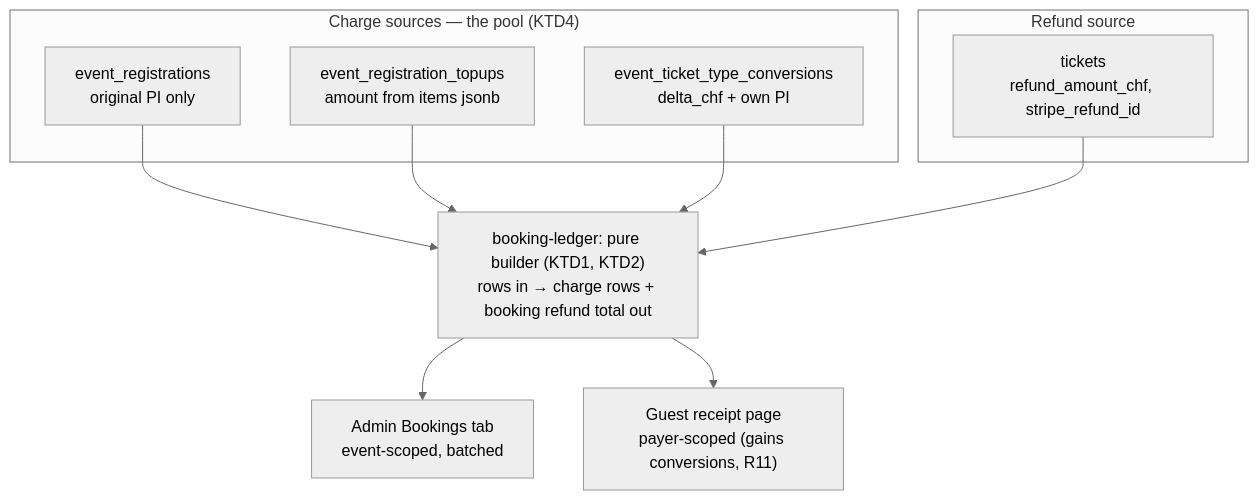
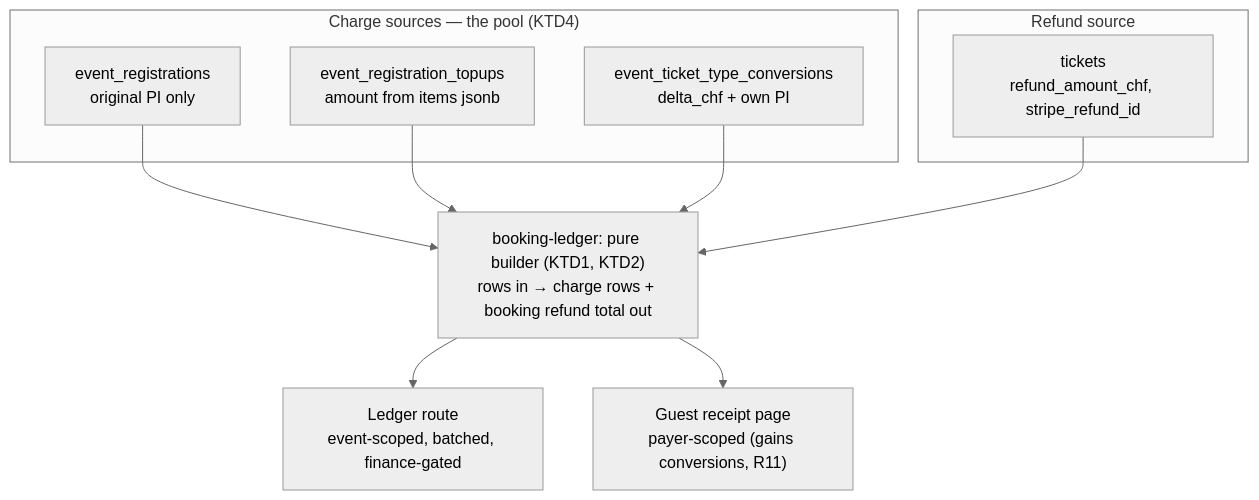
One commit to symbionis/gpc-social-members changed the first of 2 diagrams in docs/plans/2026-08-12-001-feat-admin-bookings-ledger-plan.md. Above: the diagram before and after it, drawn with Mermaid (neutral theme). The commit also changed other lines of this file, not shown here.

First line of the commit message:
docs(plan): move the bookings ledger to the finance dashboard

````diff
--- a/docs/plans/2026-08-12-001-feat-admin-bookings-ledger-plan.md
+++ b/docs/plans/2026-08-12-001-feat-admin-bookings-ledger-plan.md
@@ -128,21 +155,21 @@
 ```mermaid
 flowchart TB
   subgraph sources["Charge sources — the pool (KTD4)"]
     REG["event_registrations<br/>original PI only"]
     TOP["event_registration_topups<br/>amount from items jsonb"]
     CONV["event_ticket_type_conversions<br/>delta_chf + own PI"]
   end
   subgraph refundsrc["Refund source"]
     TK["tickets<br/>refund_amount_chf, stripe_refund_id"]
   end
 
   REG --> BUILD
   TOP --> BUILD
   CONV --> BUILD
   TK --> BUILD
 
   BUILD["booking-ledger: pure builder (KTD1, KTD2)<br/>rows in → charge rows + booking refund total out"]
 
-  BUILD --> ADMIN["Admin Bookings tab<br/>event-scoped, batched"]
+  BUILD --> ADMIN["Ledger route<br/>event-scoped, batched, finance-gated"]
   BUILD --> GUEST["Guest receipt page<br/>payer-scoped (gains conversions, R11)"]
 ```
````
